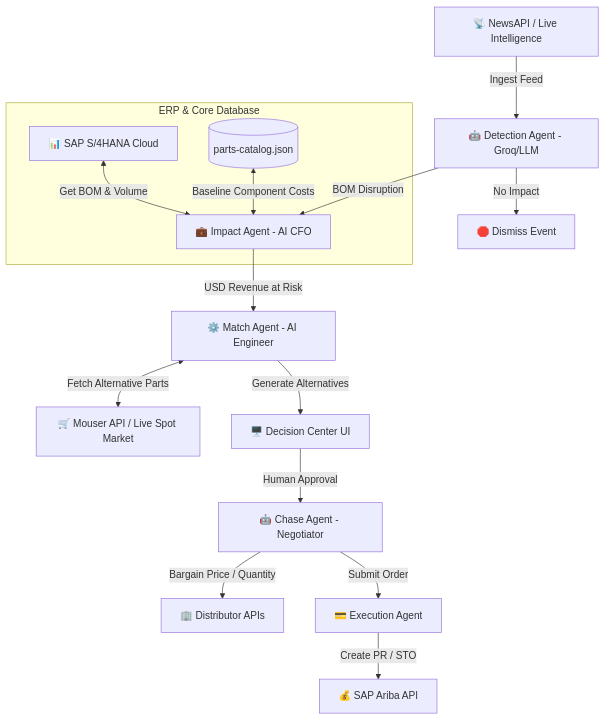
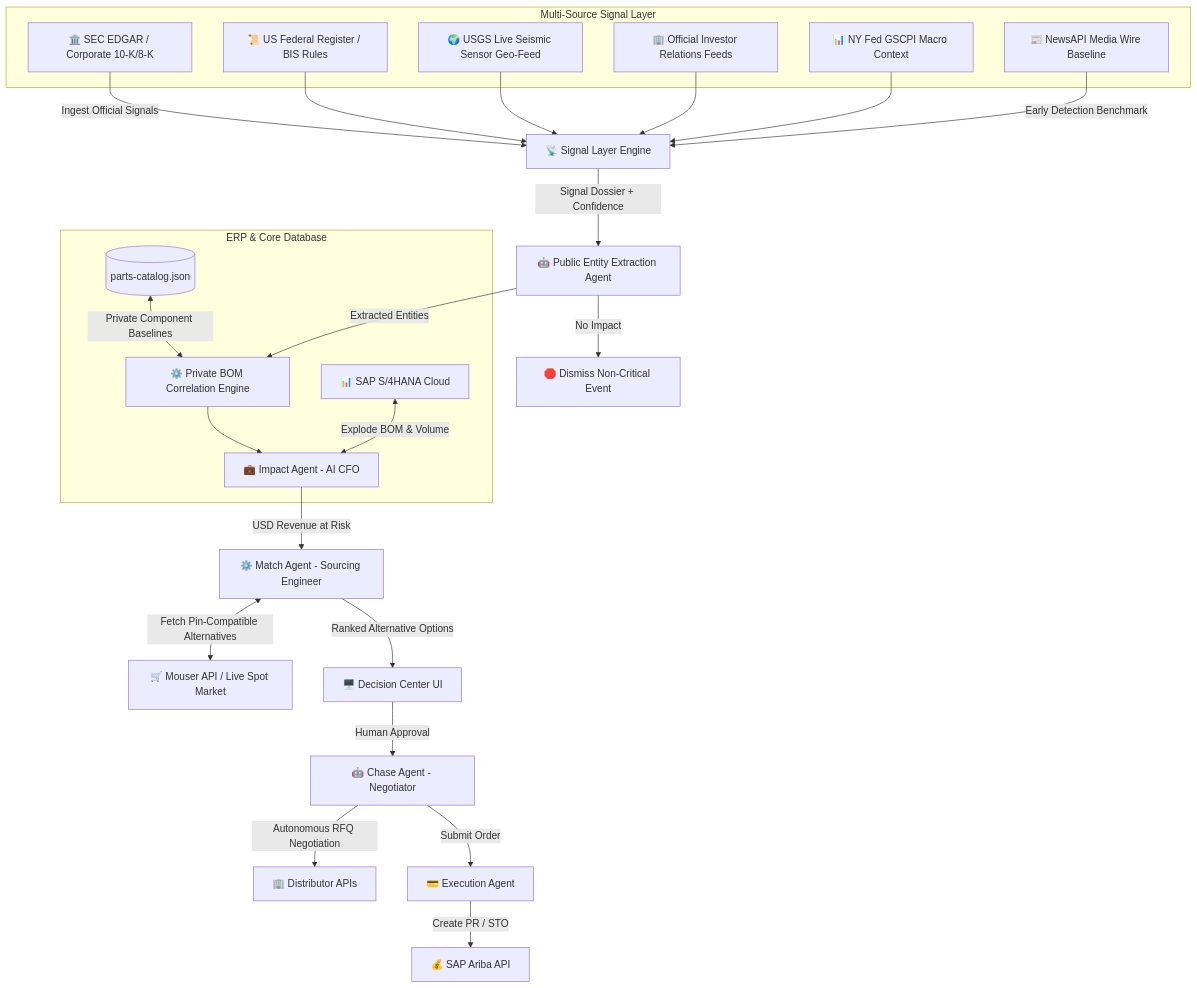
One commit to itsksfit/SentinelChain_SAP changed the diagram in sentinelchain_analysis.md. Above: the diagram before and after it, drawn with Mermaid. The commit also changed other lines of this file and 7 other files, not shown here.

Commit message:
reactive news scraper into a verifiable, multi-source enterprise signal engine.

````diff
--- a/sentinelchain_analysis.md
+++ b/sentinelchain_analysis.md
@@ -31,22 +33,39 @@
 ```mermaid
 graph TD
-    NewsAPI[📡 NewsAPI / Live Intelligence] -->|Ingest Feed| DetectAgent[🤖 Detection Agent - Groq/LLM]
-    DetectAgent -->|No Impact| Terminate[🛑 Dismiss Event]
-    DetectAgent -->|BOM Disruption| ImpactAgent[💼 Impact Agent - AI CFO]
+    subgraph Multi-Source Signal Layer
+        SEC[🏛️ SEC EDGAR / Corporate 10-K/8-K]
+        BIS[📜 US Federal Register / BIS Rules]
+        USGS[🌍 USGS Live Seismic Sensor Geo-Feed]
+        IR[🏢 Official Investor Relations Feeds]
+        GSCPI[📊 NY Fed GSCPI Macro Context]
+        NewsAPI[📰 NewsAPI Media Wire Baseline]
+    end
+
+    SEC -->|Ingest Official Signals| SignalLayer[📡 Signal Layer Engine]
+    BIS --> SignalLayer
+    USGS --> SignalLayer
+    IR --> SignalLayer
+    GSCPI --> SignalLayer
+    NewsAPI -->|Early Detection Benchmark| SignalLayer
+
+    SignalLayer -->|Signal Dossier + Confidence| DetectAgent[🤖 Public Entity Extraction Agent]
+    DetectAgent -->|No Impact| Terminate[🛑 Dismiss Non-Critical Event]
+    DetectAgent -->|Extracted Entities| BomCorrelator[⚙️ Private BOM Correlation Engine]
     
     subgraph ERP & Core Database
-        SAP_S4[📊 SAP S/4HANA Cloud] <-->|Get BOM & Volume| ImpactAgent
-        PartsCatalog[(parts-catalog.json)] <-->|Baseline Component Costs| ImpactAgent
+        SAP_S4[📊 SAP S/4HANA Cloud] <-->|Explode BOM & Volume| ImpactAgent[💼 Impact Agent - AI CFO]
+        PartsCatalog[(parts-catalog.json)] <-->|Private Component Baselines| BomCorrelator
     end
 
-    ImpactAgent -->|USD Revenue at Risk| MatchAgent[⚙️ Match Agent - AI Engineer]
-    MatchAgent <-->|Fetch Alternative Parts| MouserAPI[🛒 Mouser API / Live Spot Market]
+    BomCorrelator --> ImpactAgent
+    ImpactAgent -->|USD Revenue at Risk| MatchAgent[⚙️ Match Agent - Sourcing Engineer]
+    MatchAgent <-->|Fetch Pin-Compatible Alternatives| MouserAPI[🛒 Mouser API / Live Spot Market]
     
-    MatchAgent -->|Generate Alternatives| DecisionCenter[🖥️ Decision Center UI]
+    MatchAgent -->|Ranked Alternative Options| DecisionCenter[🖥️ Decision Center UI]
     DecisionCenter -->|Human Approval| ChaseAgent[🤖 Chase Agent - Negotiator]
     
-    ChaseAgent -->|Bargain Price / Quantity| Vendor[🏢 Distributor APIs]
+    ChaseAgent -->|Autonomous RFQ Negotiation| Vendor[🏢 Distributor APIs]
     ChaseAgent -->|Submit Order| ExecutionAgent[💳 Execution Agent]
     
     ExecutionAgent -->|Create PR / STO| SAP_Ariba[💰 SAP Ariba API]
 ```
````
